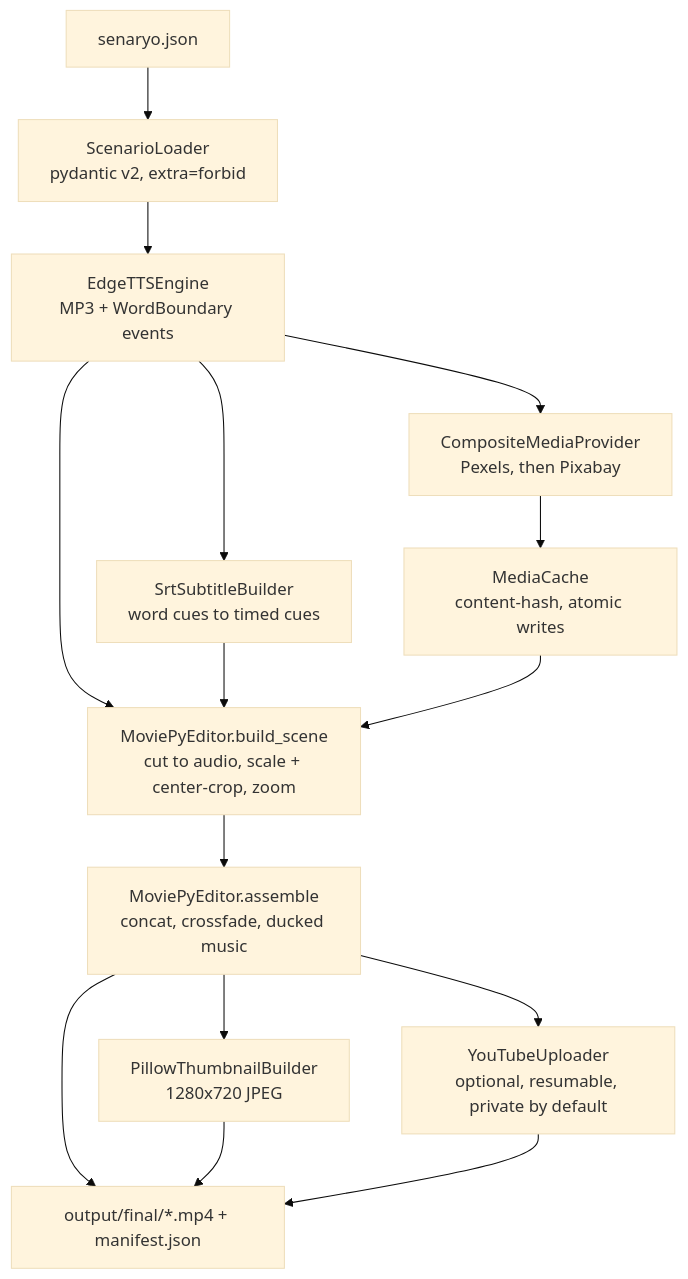
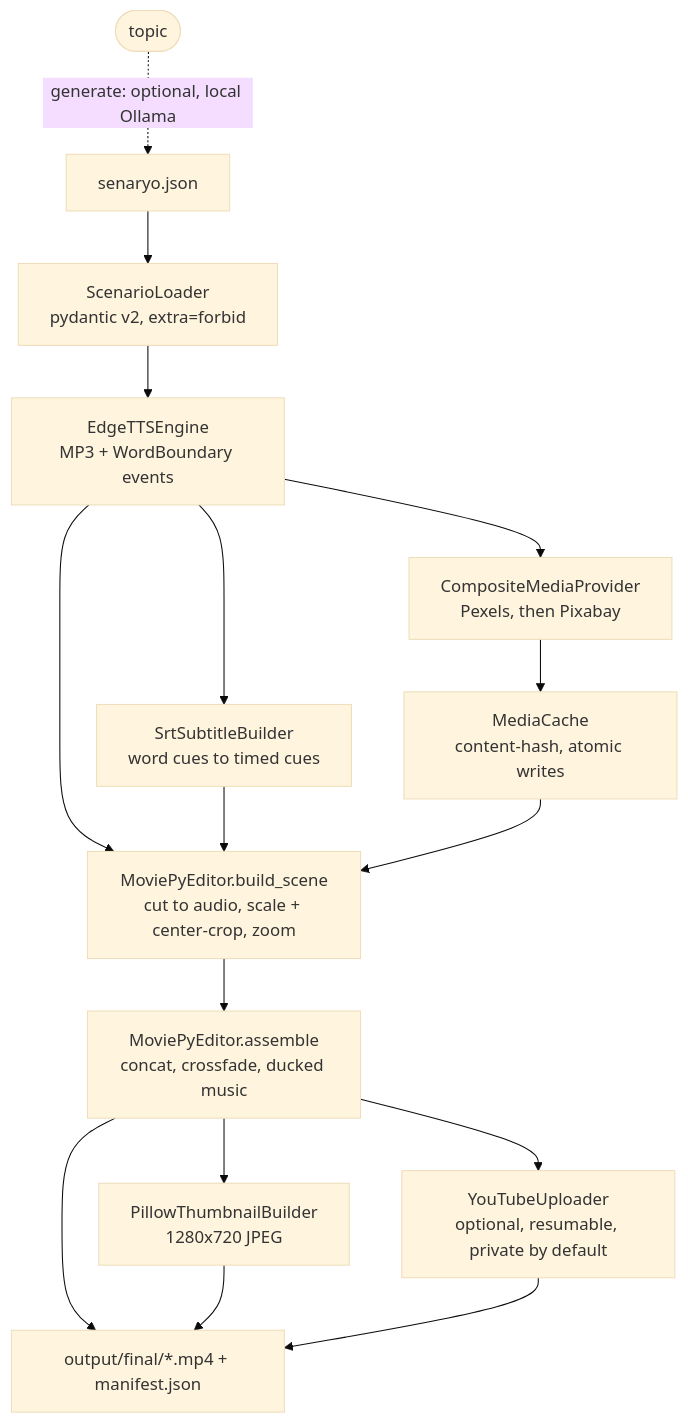
Before and after one commit to MrcDprm/youtube-ai-automation: the diagram in README.md, drawn with Mermaid (base theme). The commit also changed other lines of this file and 171 other files, not shown here.

````diff
--- a/README.md
+++ b/README.md
@@ -36,17 +38,18 @@
 ```mermaid
 flowchart TD
+    T([topic]) -.->|generate: optional, local Ollama| A
     A[senaryo.json] --> B[ScenarioLoader<br/>pydantic v2, extra=forbid]
     B --> C[EdgeTTSEngine<br/>MP3 + WordBoundary events]
     C --> D[SrtSubtitleBuilder<br/>word cues to timed cues]
     C --> E[CompositeMediaProvider<br/>Pexels, then Pixabay]
     E --> F[MediaCache<br/>content-hash, atomic writes]
     C --> G[MoviePyEditor.build_scene<br/>cut to audio, scale + center-crop, zoom]
     D --> G
     F --> G
     G --> H[MoviePyEditor.assemble<br/>concat, crossfade, ducked music]
     H --> I[PillowThumbnailBuilder<br/>1280x720 JPEG]
     H --> J[YouTubeUploader<br/>optional, resumable, private by default]
     H --> K[output/final/*.mp4 + manifest.json]
     I --> K
     J --> K
 ```
````
